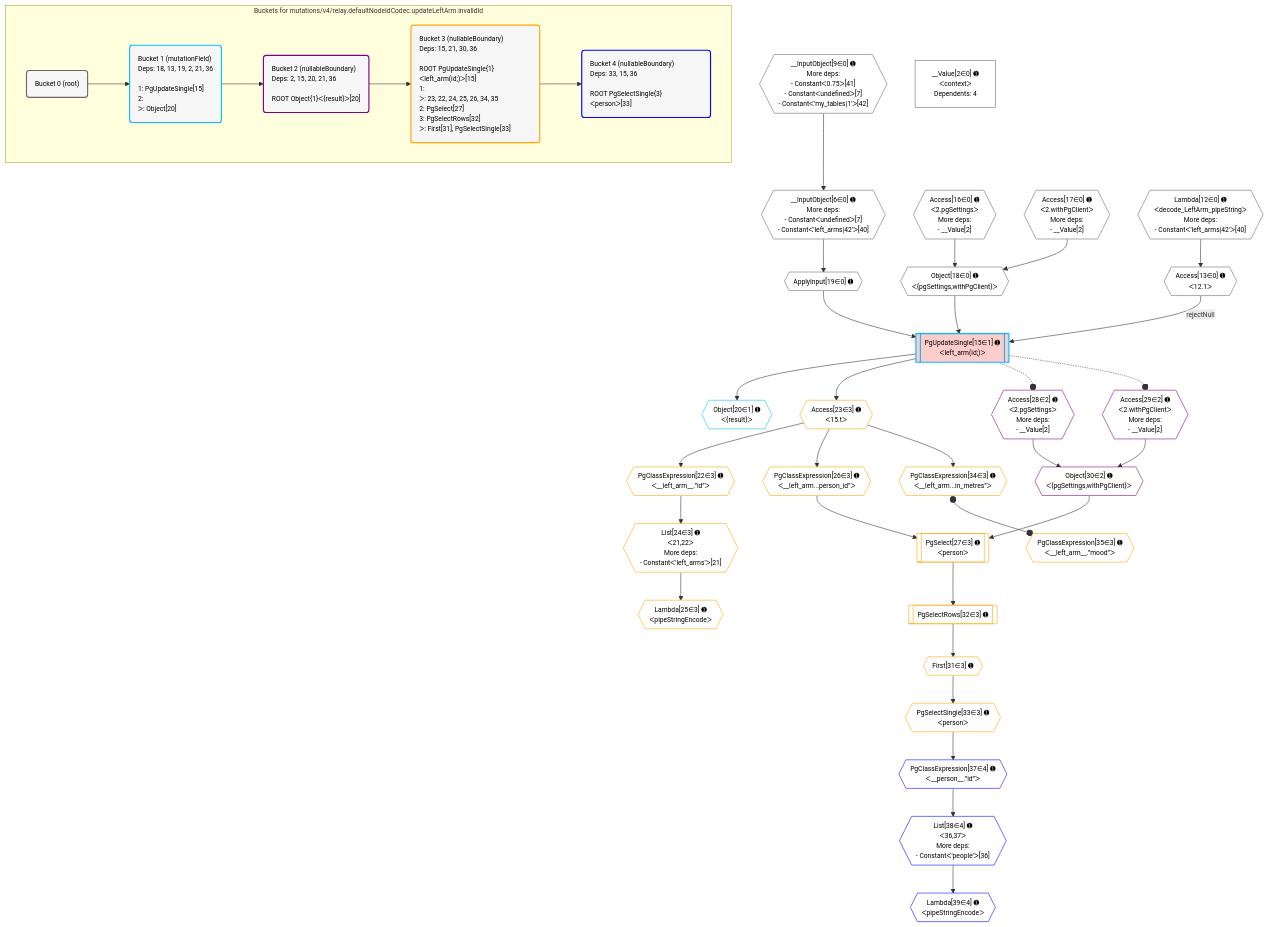
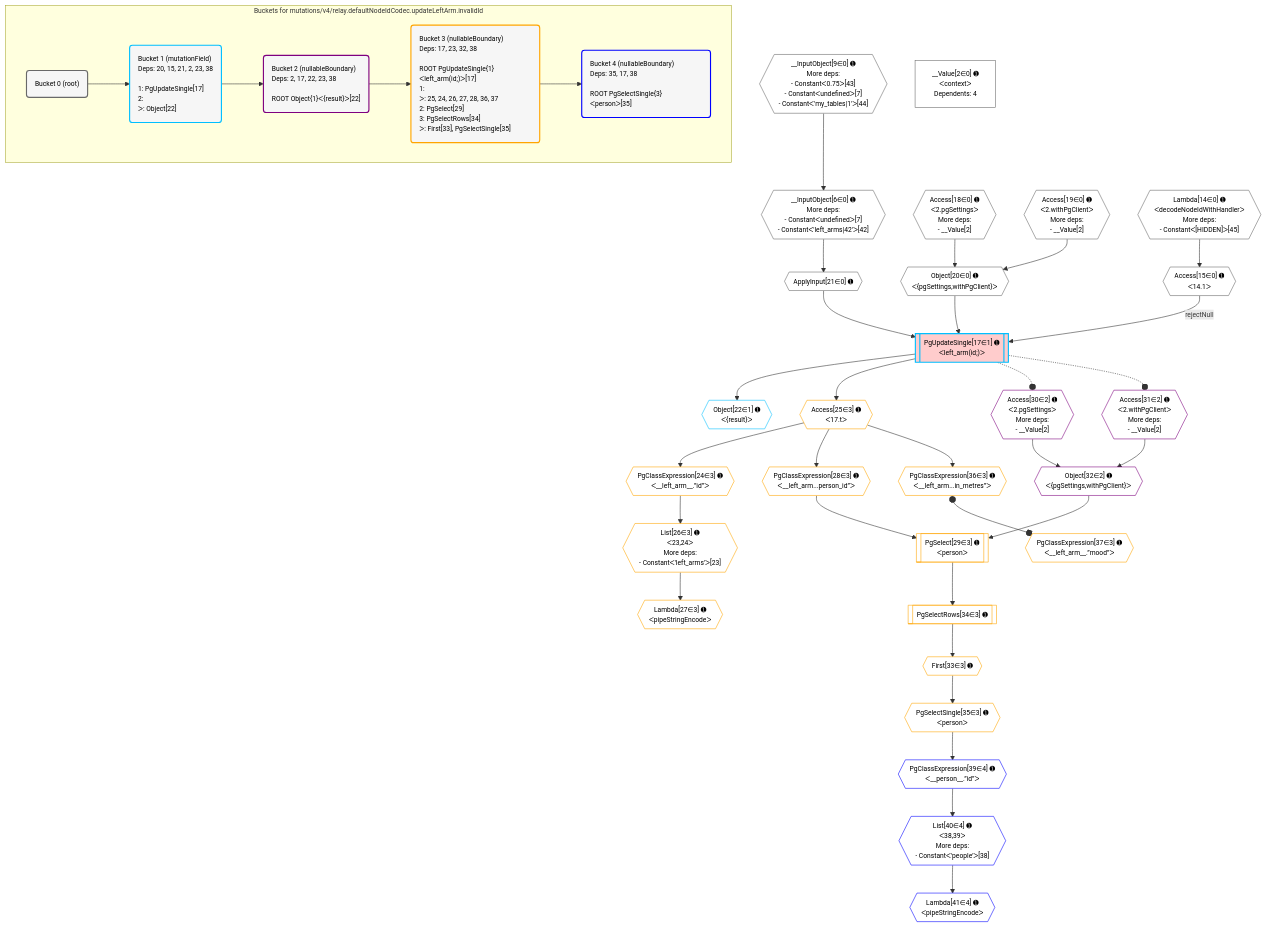
Before and after one commit to graphile/crystal: the diagram in postgraphile/postgraphile/__tests__/mutations/v4/relay.defaultNodeIdCodec.updateLeftArm.invalidId.mermaid, drawn with Mermaid. The commit also changed 10 other files, not shown here.

Commit message:
Update plan diagrams

```diff
--- a/postgraphile/postgraphile/__tests__/mutations/v4/relay.defaultNodeIdCodec.updateLeftArm.invalidId.mermaid
+++ b/postgraphile/postgraphile/__tests__/mutations/v4/relay.defaultNodeIdCodec.updateLeftArm.invalidId.mermaid
@@ -1,88 +1,88 @@
 %%{init: {'themeVariables': { 'fontSize': '12px'}}}%%
 graph TD
     classDef path fill:#eee,stroke:#000,color:#000
     classDef plan fill:#fff,stroke-width:1px,color:#000
     classDef itemplan fill:#fff,stroke-width:2px,color:#000
     classDef unbatchedplan fill:#dff,stroke-width:1px,color:#000
     classDef sideeffectplan fill:#fcc,stroke-width:2px,color:#000
     classDef bucket fill:#f6f6f6,color:#000,stroke-width:2px,text-align:left
 
     subgraph "Buckets for mutations/v4/relay.defaultNodeIdCodec.updateLeftArm.invalidId"
     Bucket0("Bucket 0 (root)"):::bucket
-    Bucket1("Bucket 1 (mutationField)<br />Deps: 18, 13, 19, 2, 21, 36<br /><br />1: PgUpdateSingle[15]<br />2: <br />ᐳ: Object[20]"):::bucket
-    Bucket2("Bucket 2 (nullableBoundary)<br />Deps: 2, 15, 20, 21, 36<br /><br />ROOT Object{1}ᐸ{result}ᐳ[20]"):::bucket
-    Bucket3("Bucket 3 (nullableBoundary)<br />Deps: 15, 21, 30, 36<br /><br />ROOT PgUpdateSingle{1}ᐸleft_arm(id;)ᐳ[15]<br />1: <br />ᐳ: 23, 22, 24, 25, 26, 34, 35<br />2: PgSelect[27]<br />3: PgSelectRows[32]<br />ᐳ: First[31], PgSelectSingle[33]"):::bucket
-    Bucket4("Bucket 4 (nullableBoundary)<br />Deps: 33, 15, 36<br /><br />ROOT PgSelectSingle{3}ᐸpersonᐳ[33]"):::bucket
+    Bucket1("Bucket 1 (mutationField)<br />Deps: 20, 15, 21, 2, 23, 38<br /><br />1: PgUpdateSingle[17]<br />2: <br />ᐳ: Object[22]"):::bucket
+    Bucket2("Bucket 2 (nullableBoundary)<br />Deps: 2, 17, 22, 23, 38<br /><br />ROOT Object{1}ᐸ{result}ᐳ[22]"):::bucket
+    Bucket3("Bucket 3 (nullableBoundary)<br />Deps: 17, 23, 32, 38<br /><br />ROOT PgUpdateSingle{1}ᐸleft_arm(id;)ᐳ[17]<br />1: <br />ᐳ: 25, 24, 26, 27, 28, 36, 37<br />2: PgSelect[29]<br />3: PgSelectRows[34]<br />ᐳ: First[33], PgSelectSingle[35]"):::bucket
+    Bucket4("Bucket 4 (nullableBoundary)<br />Deps: 35, 17, 38<br /><br />ROOT PgSelectSingle{3}ᐸpersonᐳ[35]"):::bucket
     end
     Bucket0 --> Bucket1
     Bucket1 --> Bucket2
     Bucket2 --> Bucket3
     Bucket3 --> Bucket4
 
     %% plan dependencies
-    __InputObject6{{"__InputObject[6∈0] ➊<br />More deps:<br />- Constantᐸundefinedᐳ[7]<br />- Constantᐸ'left_arms|42'ᐳ[40]"}}:::plan
-    __InputObject9{{"__InputObject[9∈0] ➊<br />More deps:<br />- Constantᐸ0.75ᐳ[41]<br />- Constantᐸundefinedᐳ[7]<br />- Constantᐸ'my_tables|1'ᐳ[42]"}}:::plan
+    __InputObject6{{"__InputObject[6∈0] ➊<br />More deps:<br />- Constantᐸundefinedᐳ[7]<br />- Constantᐸ'left_arms|42'ᐳ[42]"}}:::plan
+    __InputObject9{{"__InputObject[9∈0] ➊<br />More deps:<br />- Constantᐸ0.75ᐳ[43]<br />- Constantᐸundefinedᐳ[7]<br />- Constantᐸ'my_tables|1'ᐳ[44]"}}:::plan
     __InputObject9 --> __InputObject6
-    Object18{{"Object[18∈0] ➊<br />ᐸ{pgSettings,withPgClient}ᐳ"}}:::plan
-    Access16{{"Access[16∈0] ➊<br />ᐸ2.pgSettingsᐳ<br />More deps:<br />- __Value[2]"}}:::plan
-    Access17{{"Access[17∈0] ➊<br />ᐸ2.withPgClientᐳ<br />More deps:<br />- __Value[2]"}}:::plan
-    Access16 & Access17 --> Object18
-    Lambda12{{"Lambda[12∈0] ➊<br />ᐸdecode_LeftArm_pipeStringᐳ<br />More deps:<br />- Constantᐸ'left_arms|42'ᐳ[40]"}}:::plan
-    Access13{{"Access[13∈0] ➊<br />ᐸ12.1ᐳ"}}:::plan
-    Lambda12 --> Access13
-    ApplyInput19{{"ApplyInput[19∈0] ➊"}}:::plan
-    __InputObject6 --> ApplyInput19
+    Object20{{"Object[20∈0] ➊<br />ᐸ{pgSettings,withPgClient}ᐳ"}}:::plan
+    Access18{{"Access[18∈0] ➊<br />ᐸ2.pgSettingsᐳ<br />More deps:<br />- __Value[2]"}}:::plan
+    Access19{{"Access[19∈0] ➊<br />ᐸ2.withPgClientᐳ<br />More deps:<br />- __Value[2]"}}:::plan
+    Access18 & Access19 --> Object20
+    Lambda14{{"Lambda[14∈0] ➊<br />ᐸdecodeNodeIdWithHandlerᐳ<br />More deps:<br />- Constantᐸ[HIDDEN]ᐳ[45]"}}:::plan
+    Access15{{"Access[15∈0] ➊<br />ᐸ14.1ᐳ"}}:::plan
+    Lambda14 --> Access15
+    ApplyInput21{{"ApplyInput[21∈0] ➊"}}:::plan
+    __InputObject6 --> ApplyInput21
     __Value2["__Value[2∈0] ➊<br />ᐸcontextᐳ<br />Dependents: 4"]:::plan
-    PgUpdateSingle15[["PgUpdateSingle[15∈1] ➊<br />ᐸleft_arm(id;)ᐳ"]]:::sideeffectplan
-    Access13 -->|rejectNull| PgUpdateSingle15
-    Object18 & ApplyInput19 --> PgUpdateSingle15
-    Object20{{"Object[20∈1] ➊<br />ᐸ{result}ᐳ"}}:::plan
-    PgUpdateSingle15 --> Object20
-    Object30{{"Object[30∈2] ➊<br />ᐸ{pgSettings,withPgClient}ᐳ"}}:::plan
-    Access28{{"Access[28∈2] ➊<br />ᐸ2.pgSettingsᐳ<br />More deps:<br />- __Value[2]"}}:::plan
-    Access29{{"Access[29∈2] ➊<br />ᐸ2.withPgClientᐳ<br />More deps:<br />- __Value[2]"}}:::plan
-    Access28 & Access29 --> Object30
-    List24{{"List[24∈3] ➊<br />ᐸ21,22ᐳ<br />More deps:<br />- Constantᐸ'left_arms'ᐳ[21]"}}:::plan
-    PgClassExpression22{{"PgClassExpression[22∈3] ➊<br />ᐸ__left_arm__.”id”ᐳ"}}:::plan
-    PgClassExpression22 --> List24
-    PgSelect27[["PgSelect[27∈3] ➊<br />ᐸpersonᐳ"]]:::plan
-    PgClassExpression26{{"PgClassExpression[26∈3] ➊<br />ᐸ__left_arm...person_id”ᐳ"}}:::plan
-    Object30 & PgClassExpression26 --> PgSelect27
-    Access23{{"Access[23∈3] ➊<br />ᐸ15.tᐳ"}}:::plan
-    Access23 --> PgClassExpression22
-    PgUpdateSingle15 --> Access23
-    Lambda25{{"Lambda[25∈3] ➊<br />ᐸpipeStringEncodeᐳ"}}:::plan
-    List24 --> Lambda25
-    Access23 --> PgClassExpression26
-    First31{{"First[31∈3] ➊"}}:::plan
-    PgSelectRows32[["PgSelectRows[32∈3] ➊"]]:::plan
-    PgSelectRows32 --> First31
-    PgSelect27 --> PgSelectRows32
-    PgSelectSingle33{{"PgSelectSingle[33∈3] ➊<br />ᐸpersonᐳ"}}:::plan
-    First31 --> PgSelectSingle33
-    PgClassExpression34{{"PgClassExpression[34∈3] ➊<br />ᐸ__left_arm...in_metres”ᐳ"}}:::plan
-    Access23 --> PgClassExpression34
-    PgClassExpression35{{"PgClassExpression[35∈3] ➊<br />ᐸ__left_arm__.”mood”ᐳ"}}:::plan
-    PgClassExpression34 o--o PgClassExpression35
-    List38{{"List[38∈4] ➊<br />ᐸ36,37ᐳ<br />More deps:<br />- Constantᐸ'people'ᐳ[36]"}}:::plan
-    PgClassExpression37{{"PgClassExpression[37∈4] ➊<br />ᐸ__person__.”id”ᐳ"}}:::plan
-    PgClassExpression37 --> List38
-    PgSelectSingle33 --> PgClassExpression37
-    Lambda39{{"Lambda[39∈4] ➊<br />ᐸpipeStringEncodeᐳ"}}:::plan
-    List38 --> Lambda39
+    PgUpdateSingle17[["PgUpdateSingle[17∈1] ➊<br />ᐸleft_arm(id;)ᐳ"]]:::sideeffectplan
+    Access15 -->|rejectNull| PgUpdateSingle17
+    Object20 & ApplyInput21 --> PgUpdateSingle17
+    Object22{{"Object[22∈1] ➊<br />ᐸ{result}ᐳ"}}:::plan
+    PgUpdateSingle17 --> Object22
+    Object32{{"Object[32∈2] ➊<br />ᐸ{pgSettings,withPgClient}ᐳ"}}:::plan
+    Access30{{"Access[30∈2] ➊<br />ᐸ2.pgSettingsᐳ<br />More deps:<br />- __Value[2]"}}:::plan
+    Access31{{"Access[31∈2] ➊<br />ᐸ2.withPgClientᐳ<br />More deps:<br />- __Value[2]"}}:::plan
+    Access30 & Access31 --> Object32
+    List26{{"List[26∈3] ➊<br />ᐸ23,24ᐳ<br />More deps:<br />- Constantᐸ'left_arms'ᐳ[23]"}}:::plan
+    PgClassExpression24{{"PgClassExpression[24∈3] ➊<br />ᐸ__left_arm__.”id”ᐳ"}}:::plan
+    PgClassExpression24 --> List26
+    PgSelect29[["PgSelect[29∈3] ➊<br />ᐸpersonᐳ"]]:::plan
+    PgClassExpression28{{"PgClassExpression[28∈3] ➊<br />ᐸ__left_arm...person_id”ᐳ"}}:::plan
+    Object32 & PgClassExpression28 --> PgSelect29
+    Access25{{"Access[25∈3] ➊<br />ᐸ17.tᐳ"}}:::plan
+    Access25 --> PgClassExpression24
+    PgUpdateSingle17 --> Access25
+    Lambda27{{"Lambda[27∈3] ➊<br />ᐸpipeStringEncodeᐳ"}}:::plan
+    List26 --> Lambda27
+    Access25 --> PgClassExpression28
+    First33{{"First[33∈3] ➊"}}:::plan
+    PgSelectRows34[["PgSelectRows[34∈3] ➊"]]:::plan
+    PgSelectRows34 --> First33
+    PgSelect29 --> PgSelectRows34
+    PgSelectSingle35{{"PgSelectSingle[35∈3] ➊<br />ᐸpersonᐳ"}}:::plan
+    First33 --> PgSelectSingle35
+    PgClassExpression36{{"PgClassExpression[36∈3] ➊<br />ᐸ__left_arm...in_metres”ᐳ"}}:::plan
+    Access25 --> PgClassExpression36
+    PgClassExpression37{{"PgClassExpression[37∈3] ➊<br />ᐸ__left_arm__.”mood”ᐳ"}}:::plan
+    PgClassExpression36 o--o PgClassExpression37
+    List40{{"List[40∈4] ➊<br />ᐸ38,39ᐳ<br />More deps:<br />- Constantᐸ'people'ᐳ[38]"}}:::plan
+    PgClassExpression39{{"PgClassExpression[39∈4] ➊<br />ᐸ__person__.”id”ᐳ"}}:::plan
+    PgClassExpression39 --> List40
+    PgSelectSingle35 --> PgClassExpression39
+    Lambda41{{"Lambda[41∈4] ➊<br />ᐸpipeStringEncodeᐳ"}}:::plan
+    List40 --> Lambda41
 
     %% define steps
     classDef bucket0 stroke:#696969
-    class Bucket0,__Value2,__InputObject6,__InputObject9,Lambda12,Access13,Access16,Access17,Object18,ApplyInput19 bucket0
+    class Bucket0,__Value2,__InputObject6,__InputObject9,Lambda14,Access15,Access18,Access19,Object20,ApplyInput21 bucket0
     classDef bucket1 stroke:#00bfff
-    class Bucket1,PgUpdateSingle15,Object20 bucket1
+    class Bucket1,PgUpdateSingle17,Object22 bucket1
     classDef bucket2 stroke:#7f007f
-    class Bucket2,Access28,Access29,Object30 bucket2
+    class Bucket2,Access30,Access31,Object32 bucket2
     classDef bucket3 stroke:#ffa500
-    class Bucket3,PgClassExpression22,Access23,List24,Lambda25,PgClassExpression26,PgSelect27,First31,PgSelectRows32,PgSelectSingle33,PgClassExpression34,PgClassExpression35 bucket3
+    class Bucket3,PgClassExpression24,Access25,List26,Lambda27,PgClassExpression28,PgSelect29,First33,PgSelectRows34,PgSelectSingle35,PgClassExpression36,PgClassExpression37 bucket3
     classDef bucket4 stroke:#0000ff
-    class Bucket4,PgClassExpression37,List38,Lambda39 bucket4
+    class Bucket4,PgClassExpression39,List40,Lambda41 bucket4
 
     %% implicit side effects
-    PgUpdateSingle15 -.-o Access28
-    PgUpdateSingle15 -.-o Access29
+    PgUpdateSingle17 -.-o Access30
+    PgUpdateSingle17 -.-o Access31
```
